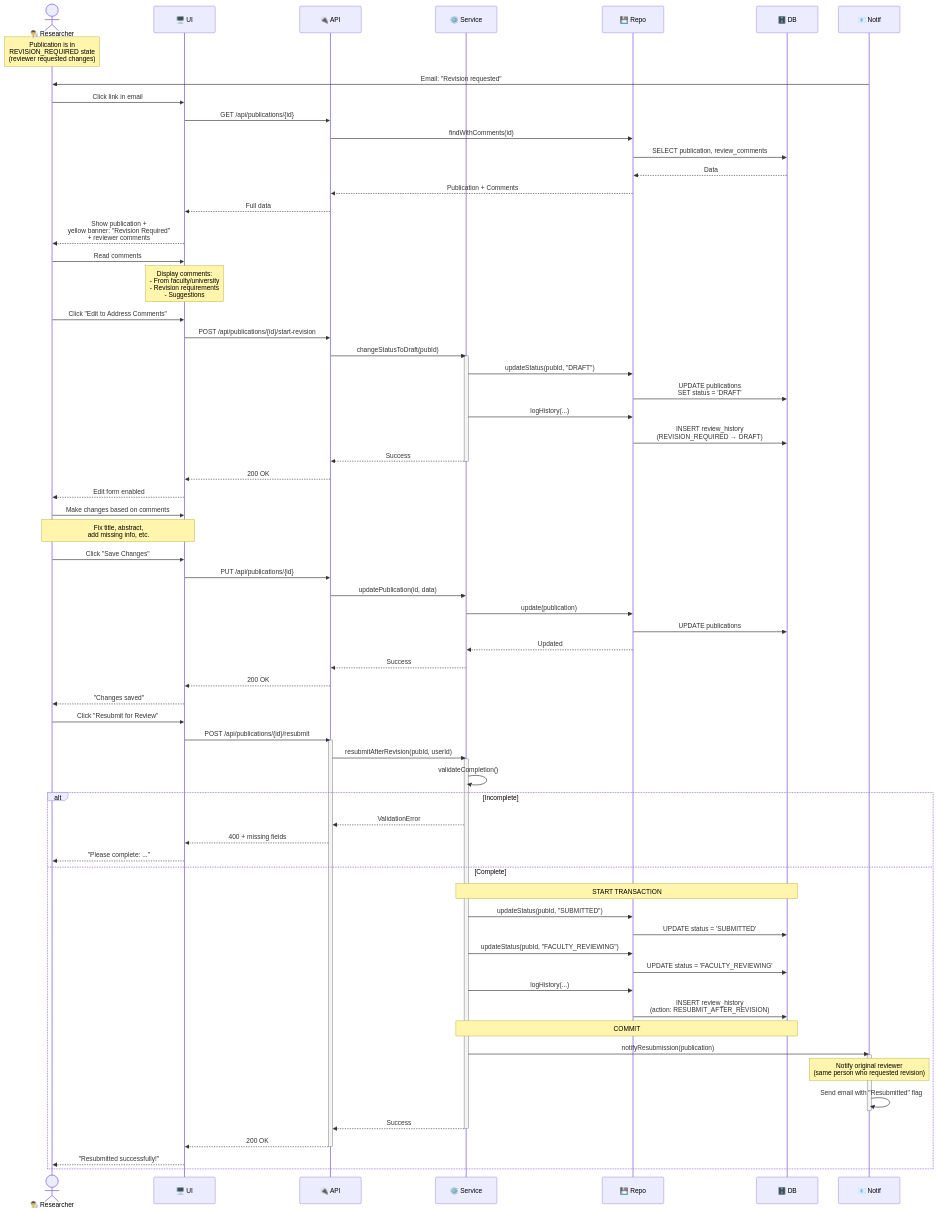
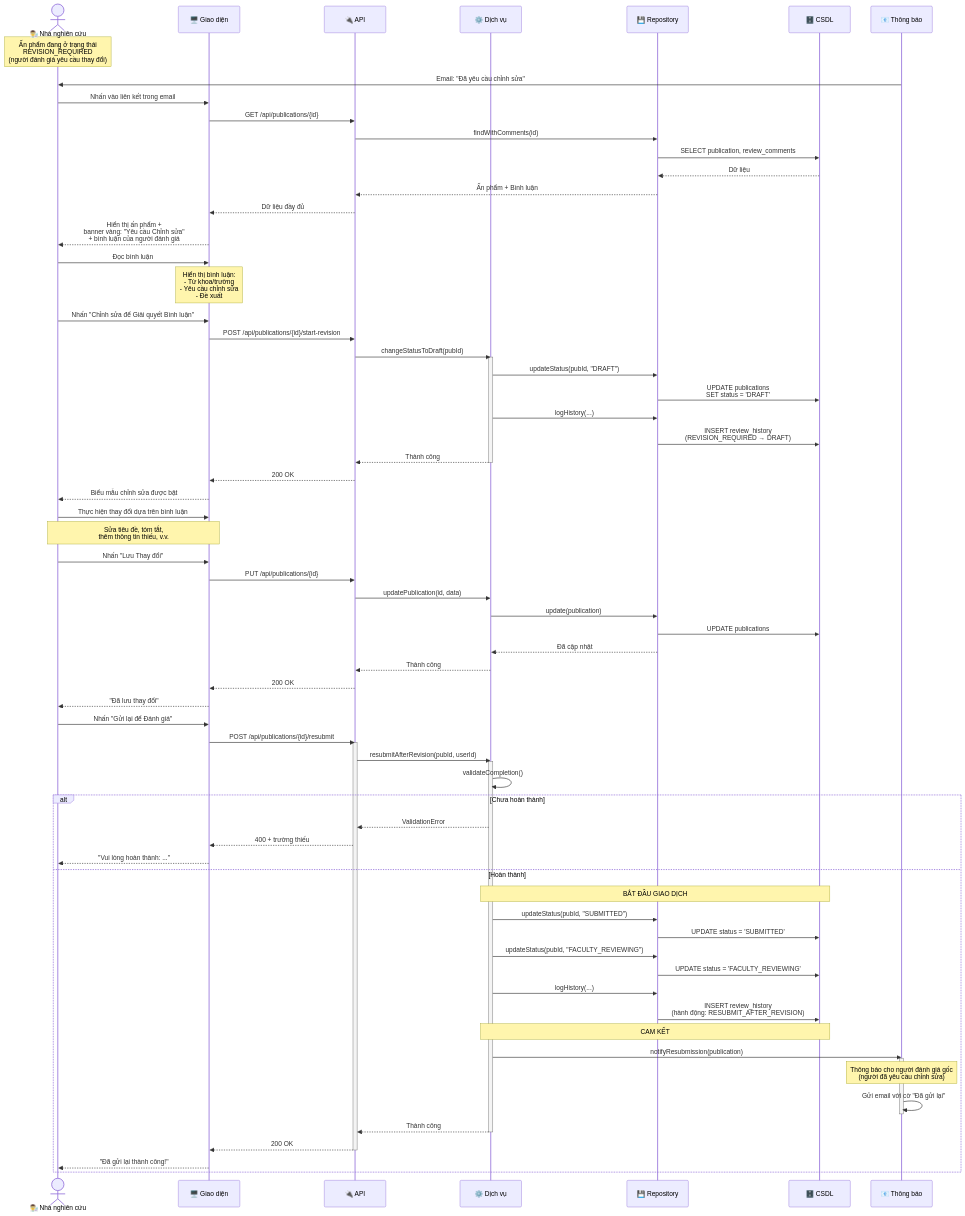
Before and after one commit to Ng0cTh4nhk5/ufpms-docs: the first of 2 diagrams in docs/06_Diagrams/Sequence/seq_revision_request.md, drawn with Mermaid. The commit also changed other lines of this file and 70 other files, not shown here.

````diff
--- a/docs/06_Diagrams/Sequence/seq_revision_request.md
+++ b/docs/06_Diagrams/Sequence/seq_revision_request.md
@@ -12,34 +12,34 @@
 ```mermaid
 sequenceDiagram
-    actor Researcher as 👨‍🔬 Researcher
-    participant UI as 🖥️ UI
+    actor Researcher as 👨‍🔬 Nhà nghiên cứu
+    participant UI as 🖥️ Giao diện
     participant API as 🔌 API
-    participant Service as ⚙️ Service
-    participant Repo as 💾 Repo
-    participant DB as 🗄️ DB
-    participant Notif as 📧 Notif
+    participant Service as ⚙️ Dịch vụ
+    participant Repo as 💾 Repository
+    participant DB as 🗄️ CSDL
+    participant Notif as 📧 Thông báo
     
-    Note over Researcher: Publication is in<br/>REVISION_REQUIRED state<br/>(reviewer requested changes)
+    Note over Researcher: Ấn phẩm đang ở trạng thái<br/>REVISION_REQUIRED<br/>(người đánh giá yêu cầu thay đổi)
     
-    %% Step 1: Receive notification
-    Notif->>Researcher: Email: "Revision requested"
-    Researcher->>UI: Click link in email
+    %% Bước 1: Nhận thông báo
+    Notif->>Researcher: Email: "Đã yêu cầu chỉnh sửa"
+    Researcher->>UI: Nhấn vào liên kết trong email
     
-    %% View revision requirements
+    %% Xem yêu cầu chỉnh sửa
     UI->>API: GET /api/publications/{id}
     API->>Repo: findWithComments(id)
     Repo->>DB: SELECT publication, review_comments
-    DB-->>Repo: Data
-    Repo-->>API: Publication + Comments
-    API-->>UI: Full data
-    UI-->>Researcher: Show publication +<br/>yellow banner: "Revision Required"<br/>+ reviewer comments
+    DB-->>Repo: Dữ liệu
+    Repo-->>API: Ấn phẩm + Bình luận
+    API-->>UI: Dữ liệu đầy đủ
+    UI-->>Researcher: Hiển thị ấn phẩm +<br/>banner vàng: "Yêu cầu Chỉnh sửa"<br/>+ bình luận của người đánh giá
     
-    %% Read comments
-    Researcher->>UI: Read comments
-    Note over UI: Display comments:<br/>- From faculty/university<br/>- Revision requirements<br/>- Suggestions
+    %% Đọc bình luận
+    Researcher->>UI: Đọc bình luận
+    Note over UI: Hiển thị bình luận:<br/>- Từ khoa/trường<br/>- Yêu cầu chỉnh sửa<br/>- Đề xuất
     
-    %% Edit to address
-    Researcher->>UI: Click "Edit to Address Comments"
+    %% Chỉnh sửa để giải quyết
+    Researcher->>UI: Nhấn "Chỉnh sửa để Giải quyết Bình luận"
     UI->>API: POST /api/publications/{id}/start-revision
     API->>Service: changeStatusToDraft(pubId)
     activate Service
@@ -47,66 +47,66 @@
     Repo->>DB: UPDATE publications<br/>SET status = 'DRAFT'
     Service->>Repo: logHistory(...)
     Repo->>DB: INSERT review_history<br/>(REVISION_REQUIRED → DRAFT)
-    Service-->>API: Success
+    Service-->>API: Thành công
     deactivate Service
     API-->>UI: 200 OK
-    UI-->>Researcher: Edit form enabled
+    UI-->>Researcher: Biểu mẫu chỉnh sửa được bật
     
-    %% Make changes
-    Researcher->>UI: Make changes based on comments
-    Note over Researcher,UI: Fix title, abstract,<br/>add missing info, etc.
+    %% Thực hiện thay đổi
+    Researcher->>UI: Thực hiện thay đổi dựa trên bình luận
+    Note over Researcher,UI: Sửa tiêu đề, tóm tắt,<br/>thêm thông tin thiếu, v.v.
     
-    Researcher->>UI: Click "Save Changes"
+    Researcher->>UI: Nhấn "Lưu Thay đổi"
     UI->>API: PUT /api/publications/{id}
     API->>Service: updatePublication(id, data)
     Service->>Repo: update(publication)
     Repo->>DB: UPDATE publications
-    Repo-->>Service: Updated
-    Service-->>API: Success
+    Repo-->>Service: Đã cập nhật
+    Service-->>API: Thành công
     API-->>UI: 200 OK
-    UI-->>Researcher: "Changes saved"
+    UI-->>Researcher: "Đã lưu thay đổi"
     
-    %% Resubmit
-    Researcher->>UI: Click "Resubmit for Review"
+    %% Gửi lại
+    Researcher->>UI: Nhấn "Gửi lại để Đánh giá"
     UI->>API: POST /api/publications/{id}/resubmit
     activate API
     API->>Service: resubmitAfterRevision(pubId, userId)
     activate Service
     
-    %% Validate completion again
+    %% Xác thực hoàn thành lại
     Service->>Service: validateCompletion()
     
-    alt Incomplete
+    alt Chưa hoàn thành
         Service-->>API: ValidationError
-        API-->>UI: 400 + missing fields
-        UI-->>Researcher: "Please complete: ..."
-    else Complete
-        Note over Service,DB: START TRANSACTION
+        API-->>UI: 400 + trường thiếu
+        UI-->>Researcher: "Vui lòng hoàn thành: ..."
+    else Hoàn thành
+        Note over Service,DB: BẮT ĐẦU GIAO DỊCH
         
-        %% Status transitions
+        %% Chuyển đổi trạng thái
         Service->>Repo: updateStatus(pubId, "SUBMITTED")
         Repo->>DB: UPDATE status = 'SUBMITTED'
         
         Service->>Repo: updateStatus(pubId, "FACULTY_REVIEWING")
         Repo->>DB: UPDATE status = 'FACULTY_REVIEWING'
         
-        %% Log resubmission
+        %% Ghi nhật ký gửi lại
         Service->>Repo: logHistory(...)
-        Repo->>DB: INSERT review_history<br/>(action: RESUBMIT_AFTER_REVISION)
+        Repo->>DB: INSERT review_history<br/>(hành động: RESUBMIT_AFTER_REVISION)
         
-        Note over Service,DB: COMMIT
+        Note over Service,DB: CAM KẾT
         
-        %% Notify same reviewers
+        %% Thông báo cho cùng người đánh giá
         Service->>Notif: notifyResubmission(publication)
         activate Notif
-        Note over Notif: Notify original reviewer<br/>(same person who requested revision)
-        Notif->>Notif: Send email with "Resubmitted" flag
+        Note over Notif: Thông báo cho người đánh giá gốc<br/>(người đã yêu cầu chỉnh sửa)
+        Notif->>Notif: Gửi email với cờ "Đã gửi lại"
         deactivate Notif
         
-        Service-->>API: Success
+        Service-->>API: Thành công
         deactivate Service
         API-->>UI: 200 OK
         deactivate API
-        UI-->>Researcher: "Resubmitted successfully!"
+        UI-->>Researcher: "Đã gửi lại thành công!"
     end
 ```
````
